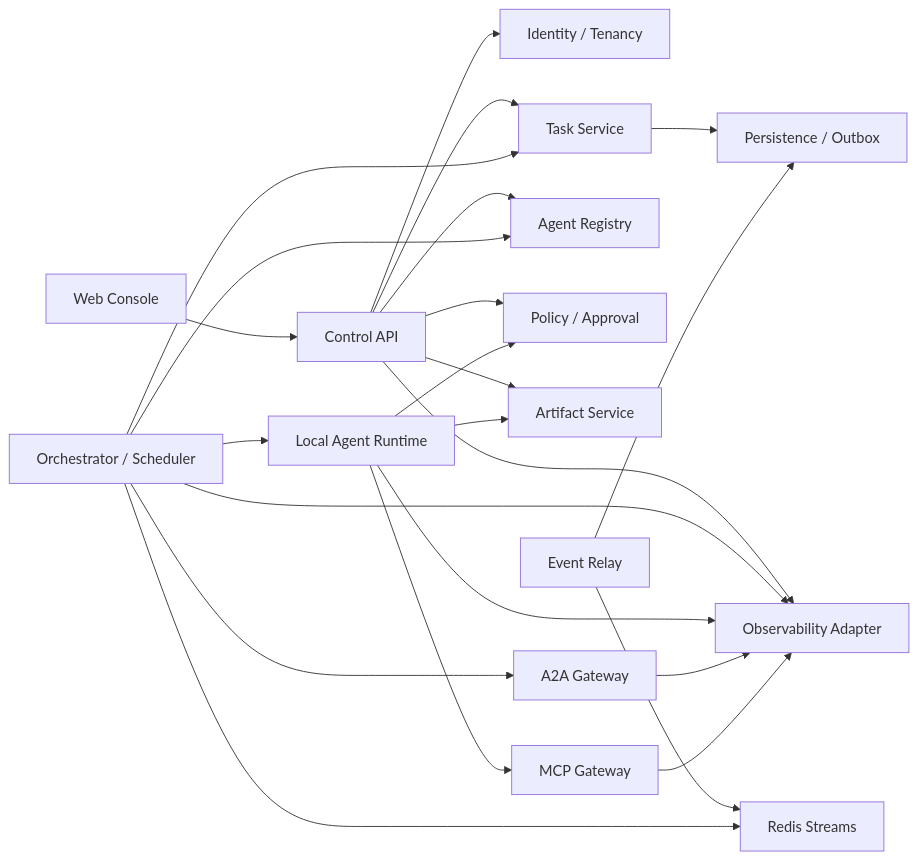
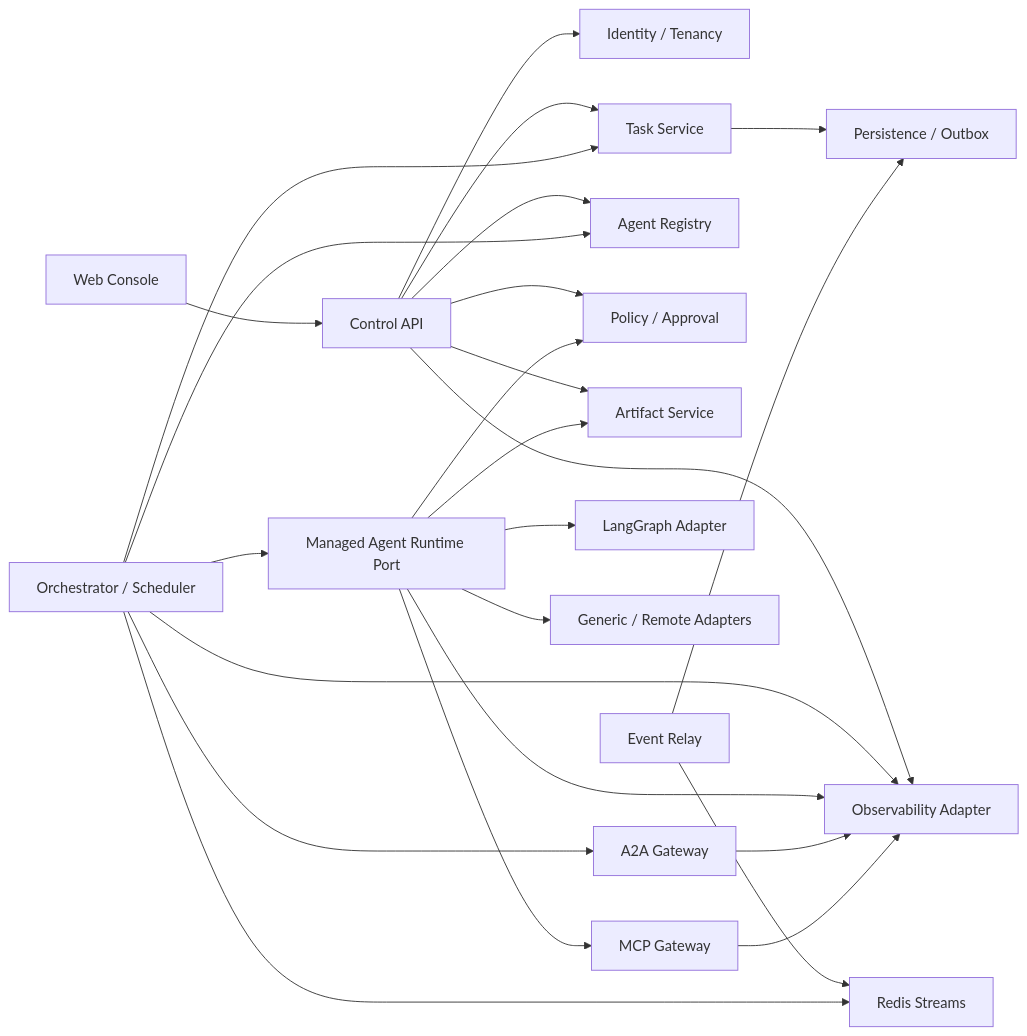
Before and after one commit to 0YHR0/AgentMesh: the diagram in docs/architecture/modules/formal/README.md, drawn with Mermaid. The commit also changed other lines of this file and 17 other files, not shown here.

````diff
--- a/docs/architecture/modules/formal/README.md
+++ b/docs/architecture/modules/formal/README.md
@@ -46,27 +49,29 @@
 ```mermaid
 flowchart LR
     UI["Web Console"] --> API["Control API"]
     API --> ID["Identity / Tenancy"]
     API --> TASK["Task Service"]
     API --> REG["Agent Registry"]
     API --> POLICY["Policy / Approval"]
     API --> ART["Artifact Service"]
 
     TASK --> DB["Persistence / Outbox"]
     RELAY["Event Relay"] --> DB
     RELAY --> BUS["Redis Streams"]
     WORKER["Orchestrator / Scheduler"] --> BUS
     WORKER --> TASK
     WORKER --> REG
-    WORKER --> RUNTIME["Local Agent Runtime"]
+    WORKER --> RUNTIME["Managed Agent Runtime Port"]
+    RUNTIME --> LGR["LangGraph Adapter"]
+    RUNTIME --> GEN["Generic / Remote Adapters"]
     WORKER --> A2A["A2A Gateway"]
     RUNTIME --> MCP["MCP Gateway"]
     RUNTIME --> POLICY
     RUNTIME --> ART
 
     API --> OBS["Observability Adapter"]
     WORKER --> OBS
     RUNTIME --> OBS
     A2A --> OBS
     MCP --> OBS
 ```
````
